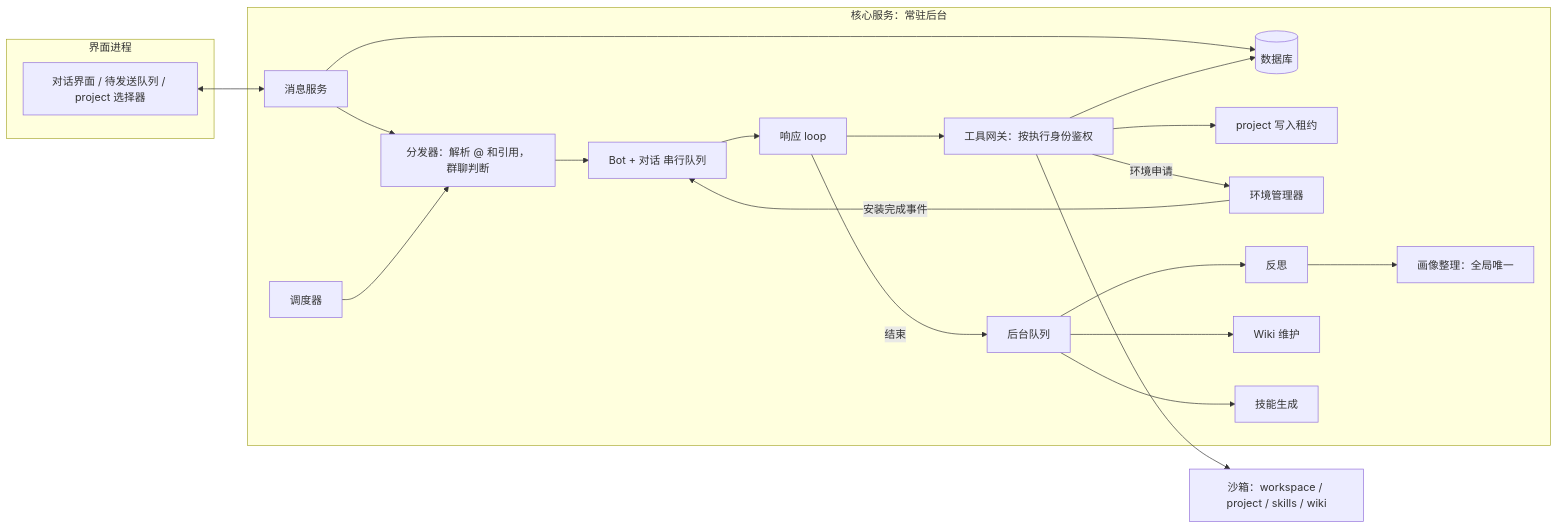
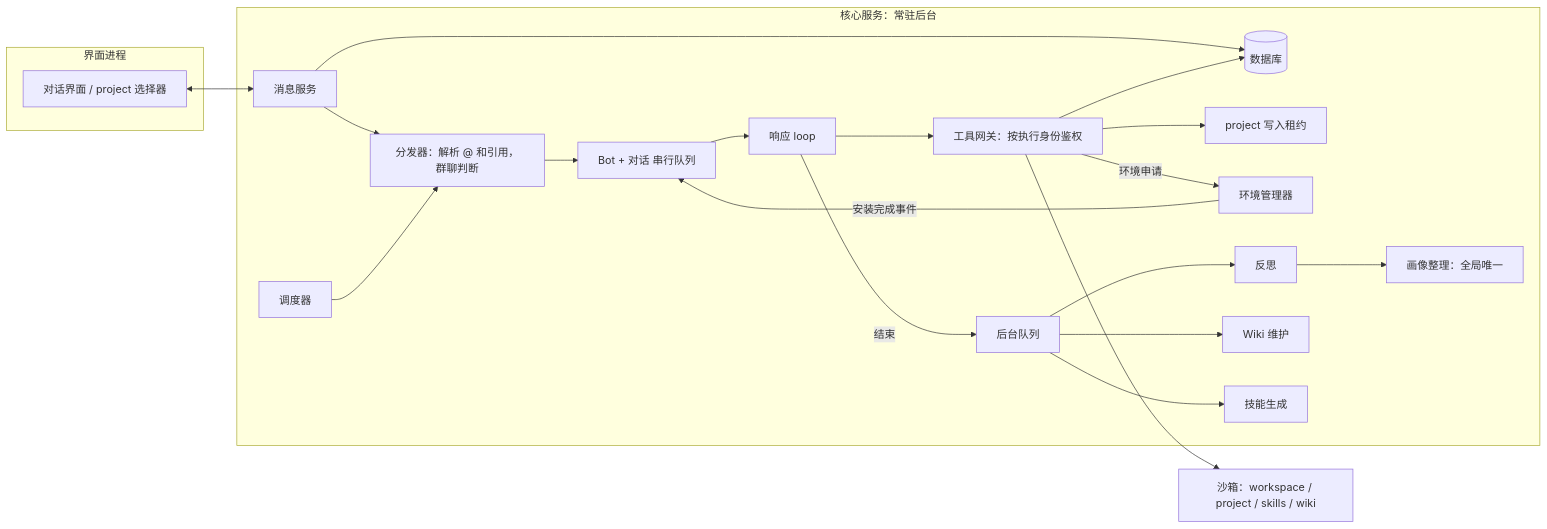
The diagram in docs/design/06-isolation-and-storage.md (jooler/kepcup), drawn with Mermaid before and after one commit. The commit also changed 51 other files, not shown here.

````diff
--- a/docs/design/06-isolation-and-storage.md
+++ b/docs/design/06-isolation-and-storage.md
@@ -77,41 +77,41 @@
 ```mermaid
 flowchart LR
   subgraph UIP[界面进程]
-    UI[对话界面 / 待发送队列 / project 选择器]
+    UI[对话界面 / project 选择器]
   end
   subgraph CORE[核心服务：常驻后台]
     MSG[消息服务]
     DB[(数据库)]
     DISP[分发器：解析 @ 和引用，群聊判断]
     SCHED[调度器]
     MB[Bot + 对话 串行队列]
     RL[响应 loop]
     GW[工具网关：按执行身份鉴权]
     LEASE[project 写入租约]
     ENV[环境管理器]
     BG[后台队列]
     REF[反思]
     WK[Wiki 维护]
     SK[技能生成]
     CUR[画像整理：全局唯一]
   end
   SB[沙箱：workspace / project / skills / wiki]
 
   UI <--> MSG
   MSG --> DB
   MSG --> DISP
   SCHED --> DISP
   DISP --> MB
   MB --> RL
   RL --> GW
   GW --> LEASE
   GW --> SB
   GW --> DB
   GW -->|环境申请| ENV
   ENV -->|安装完成事件| MB
   RL -->|结束| BG
   BG --> REF
   BG --> WK
   BG --> SK
   REF --> CUR
 ```
````
